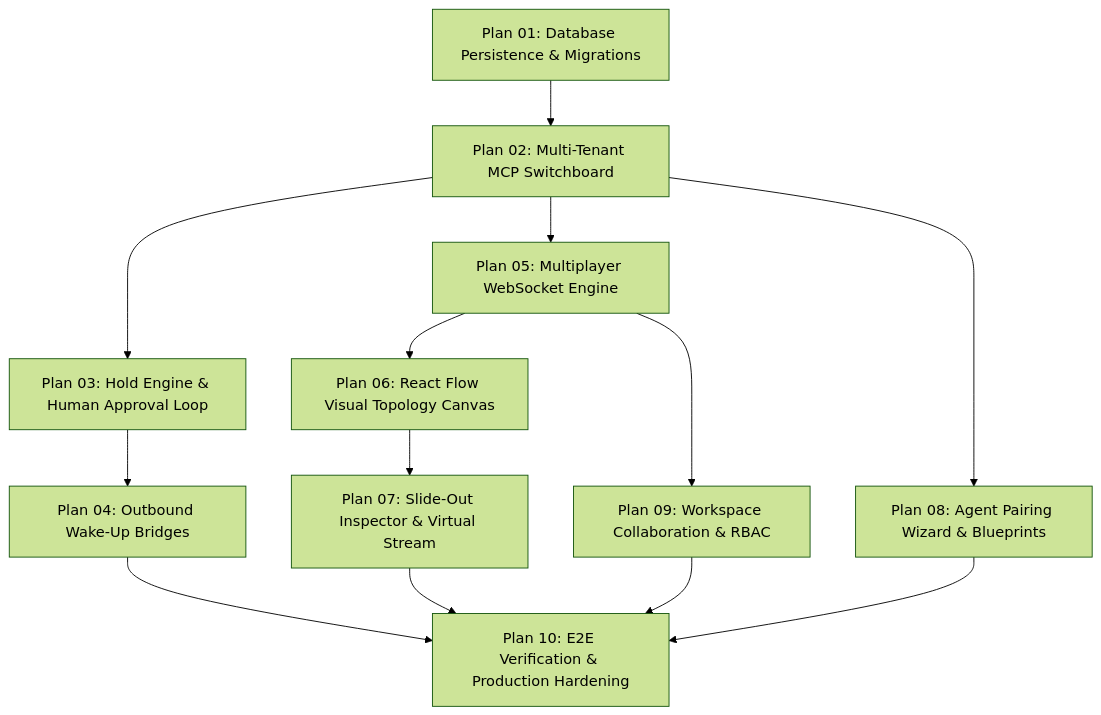
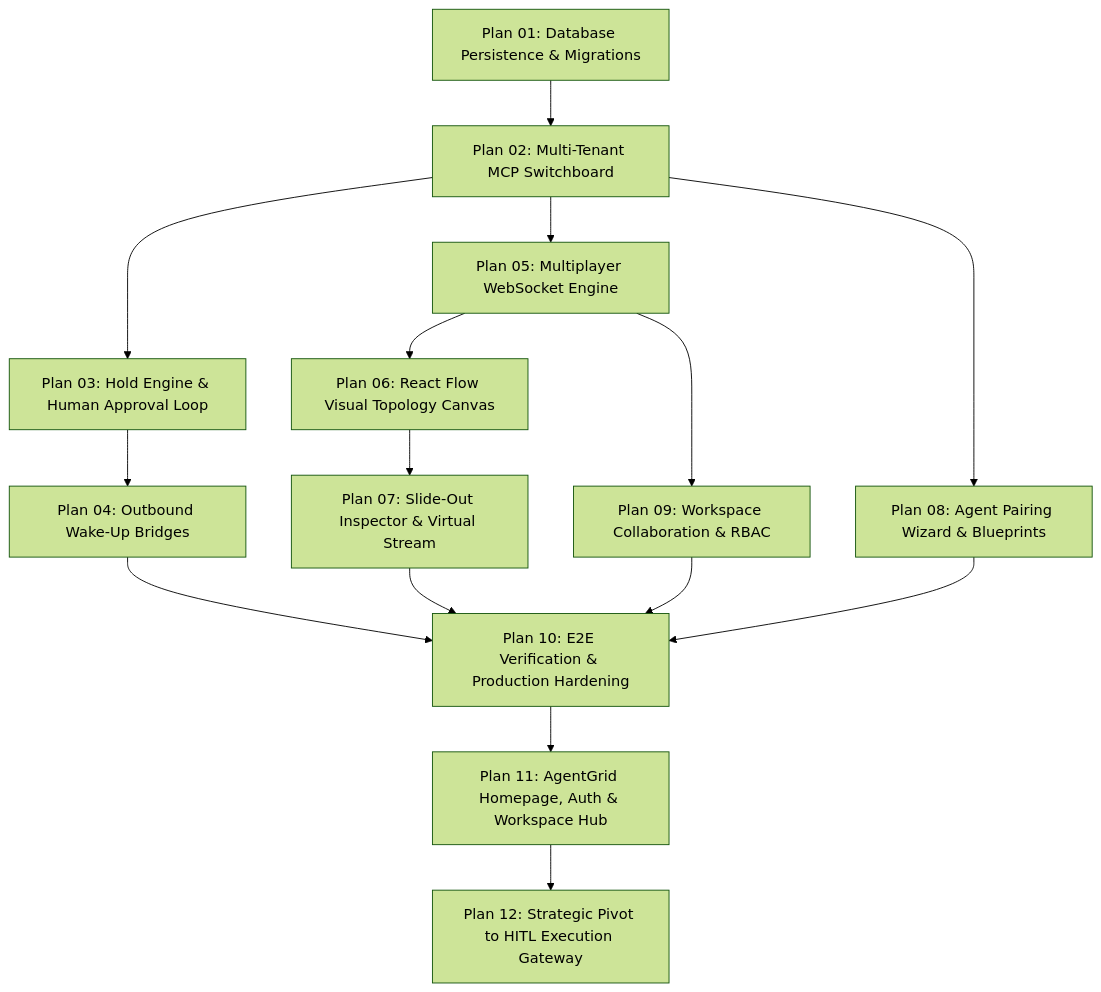
One commit to Souheil007/Dotdeck changed the diagram in plans/README.md. Above: the diagram before and after it, drawn with Mermaid (forest theme). The commit also changed other lines of this file and 25 other files, not shown here.

````diff
--- a/plans/README.md
+++ b/plans/README.md
@@ -11,12 +11,14 @@
 ```mermaid
 flowchart TD
     P01["Plan 01: Database Persistence & Migrations"] --> P02["Plan 02: Multi-Tenant MCP Switchboard"]
     P02 --> P03["Plan 03: Hold Engine & Human Approval Loop"]
     P03 --> P04["Plan 04: Outbound Wake-Up Bridges"]
     P02 --> P05["Plan 05: Multiplayer WebSocket Engine"]
     P05 --> P06["Plan 06: React Flow Visual Topology Canvas"]
     P06 --> P07["Plan 07: Slide-Out Inspector & Virtual Stream"]
     P02 --> P08["Plan 08: Agent Pairing Wizard & Blueprints"]
     P05 --> P09["Plan 09: Workspace Collaboration & RBAC"]
     P04 & P07 & P08 & P09 --> P10["Plan 10: E2E Verification & Production Hardening"]
+    P10 --> P11["Plan 11: AgentGrid Homepage, Auth & Workspace Hub"]
+    P11 --> P12["Plan 12: Strategic Pivot to HITL Execution Gateway"]
 ```
````
